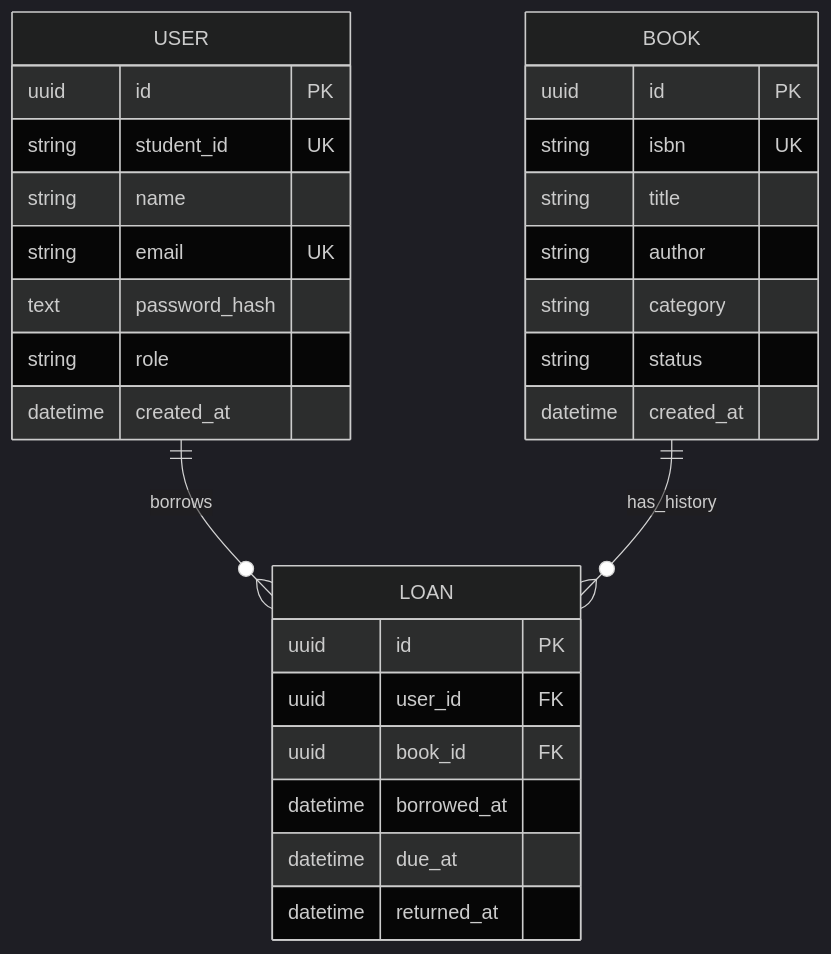
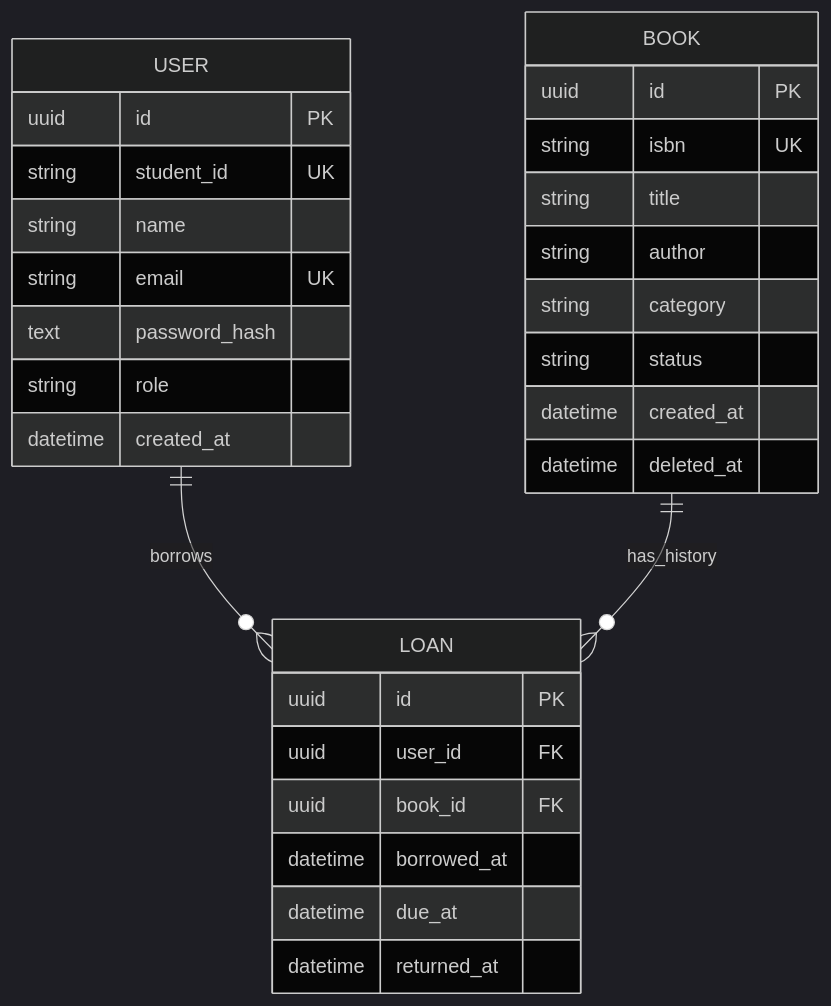
One commit to KNIGHTKRUBPOM/sdpx-torpai changed the diagram in docs/erd.md. Above: the diagram before and after it, drawn with Mermaid (dark theme). The commit also changed other lines of this file and 27 other files, not shown here.

````diff
--- a/docs/erd.md
+++ b/docs/erd.md
@@ -3,31 +3,32 @@
 ```mermaid
 erDiagram
   USER ||--o{ LOAN : borrows
   BOOK ||--o{ LOAN : has_history
   USER {
     uuid id PK
     string student_id UK
     string name
     string email UK
     text password_hash
     string role
     datetime created_at
   }
   BOOK {
     uuid id PK
     string isbn UK
     string title
     string author
     string category
     string status
     datetime created_at
+    datetime deleted_at
   }
   LOAN {
     uuid id PK
     uuid user_id FK
     uuid book_id FK
     datetime borrowed_at
     datetime due_at
     datetime returned_at
   }
 ```
````
